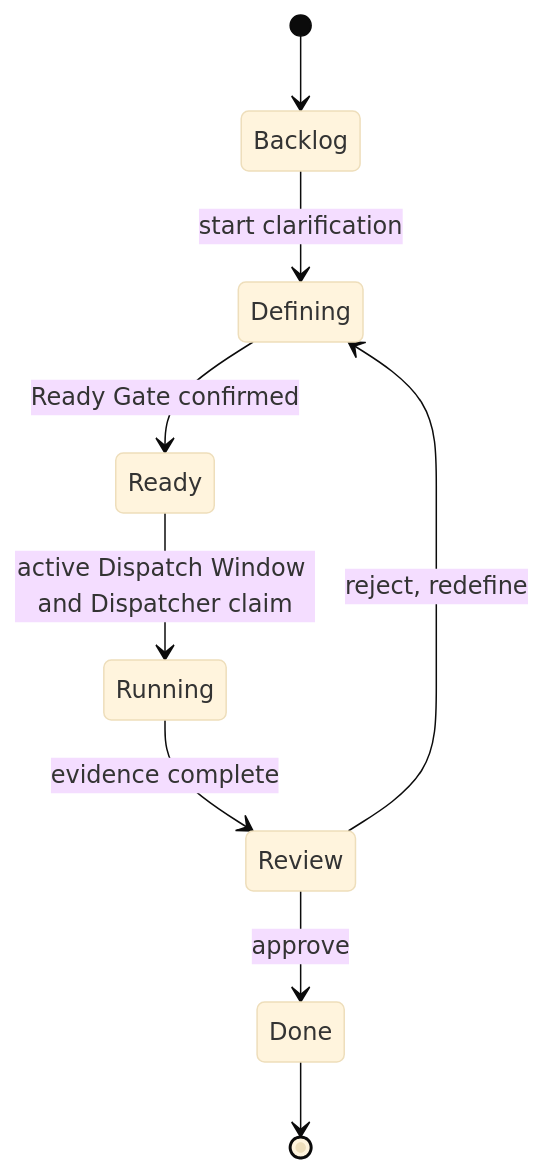
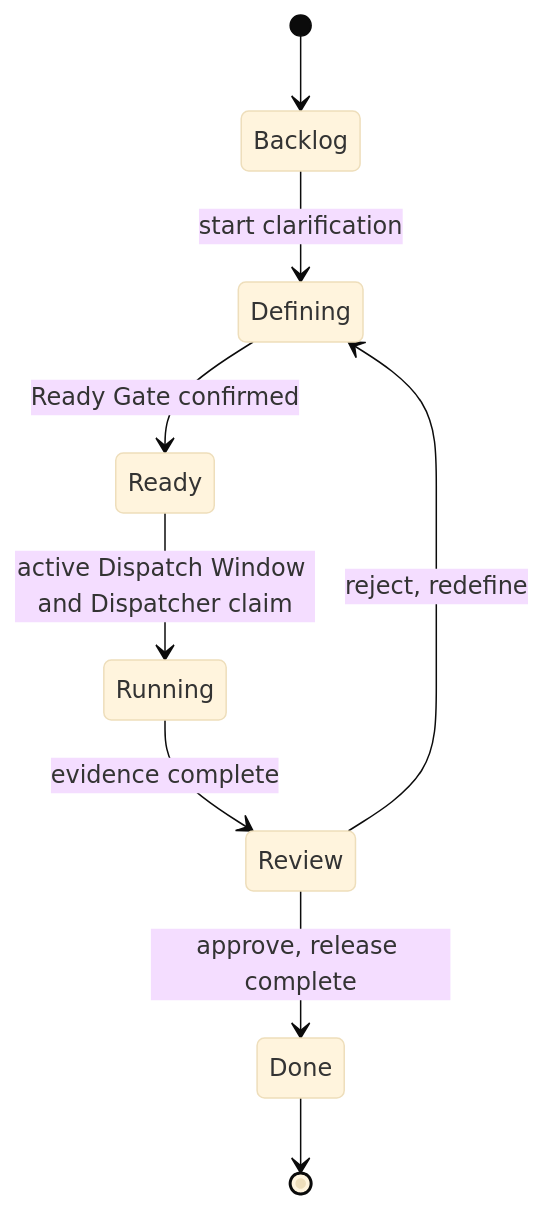
The ninth of 14 diagrams in docs/grimo/PRD.md (samzhu/grimoAPP), drawn with Mermaid (base theme) before and after one commit. The commit also changed other lines of this file and 29 other files, not shown here.

````diff
--- a/docs/grimo/PRD.md
+++ b/docs/grimo/PRD.md
@@ -300,11 +304,11 @@
 ```mermaid
 stateDiagram-v2
   [*] --> Backlog
   Backlog --> Defining: start clarification
   Defining --> Ready: Ready Gate confirmed
   Ready --> Running: active Dispatch Window and Dispatcher claim
   Running --> Review: evidence complete
-  Review --> Done: approve
+  Review --> Done: approve, release complete
   Review --> Defining: reject, redefine
   Done --> [*]
 ```
````
